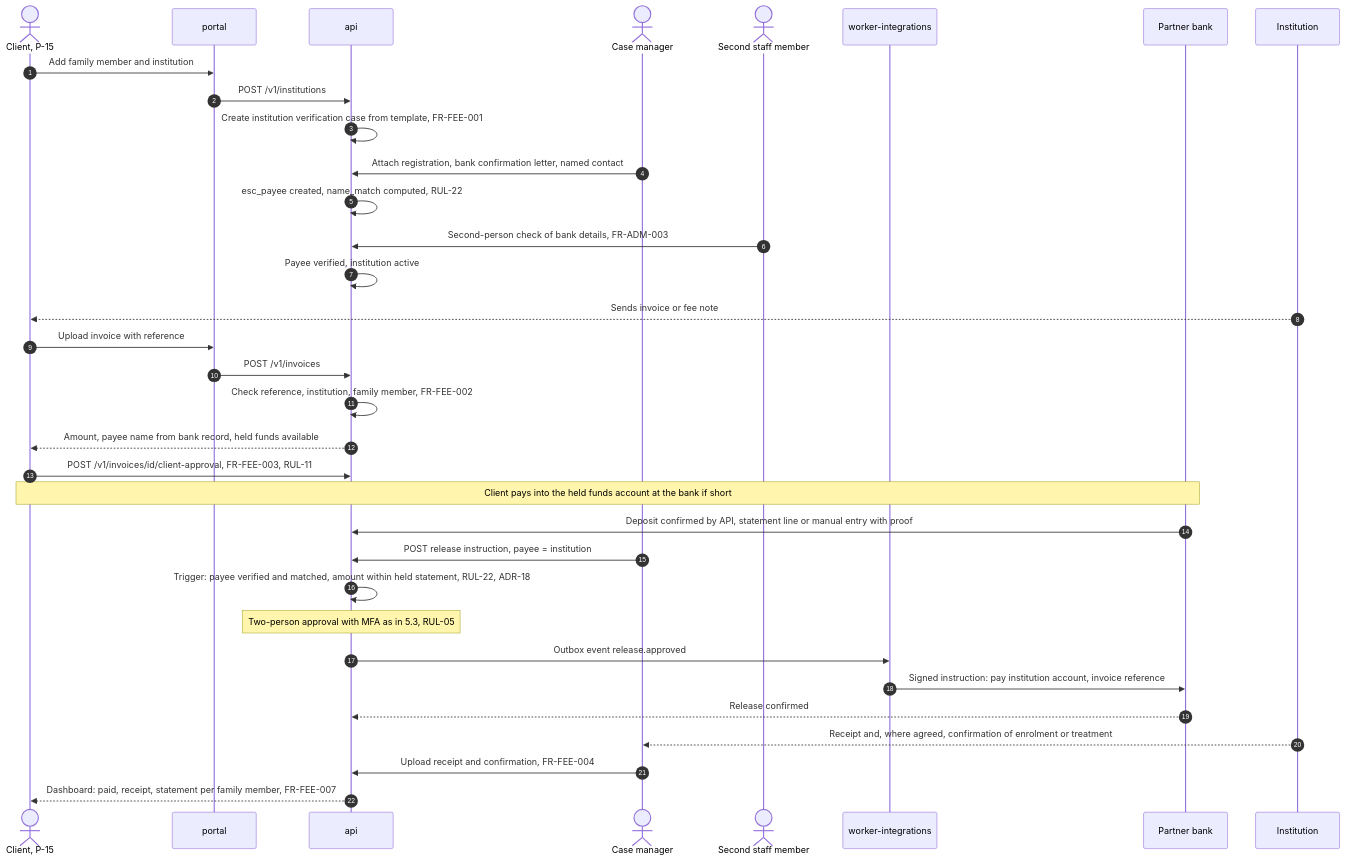
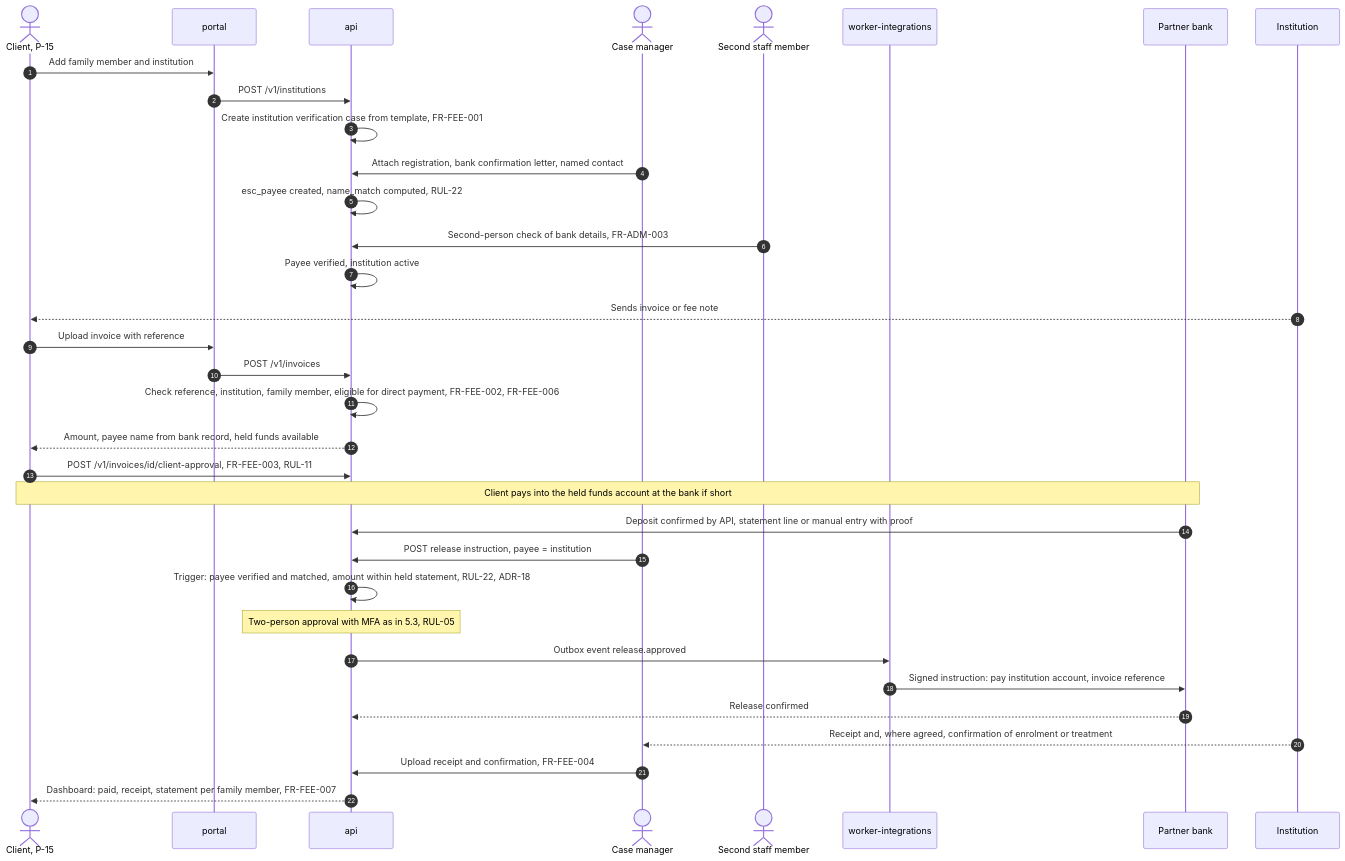
One commit to 1SteveMens/Fidero changed the tenth of 15 diagrams in docs/specs/02-architecture-and-technical-design.md. Above: the diagram before and after it, drawn with Mermaid. The commit also changed other lines of this file and 7 other files, not shown here.

````diff
--- a/docs/specs/02-architecture-and-technical-design.md
+++ b/docs/specs/02-architecture-and-technical-design.md
@@ -760,36 +761,36 @@
 ```mermaid
 sequenceDiagram
     autonumber
     actor Cl as Client, P-15
     participant P as portal
     participant A as api
     actor CM as Case manager
     actor R2 as Second staff member
     participant W as worker-integrations
     participant B as Partner bank
     participant I as Institution
     Cl->>P: Add family member and institution
     P->>A: POST /v1/institutions
     A->>A: Create institution verification case from template, FR-FEE-001
     CM->>A: Attach registration, bank confirmation letter, named contact
     A->>A: esc_payee created, name_match computed, RUL-22
     R2->>A: Second-person check of bank details, FR-ADM-003
     A->>A: Payee verified, institution active
     I-->>Cl: Sends invoice or fee note
     Cl->>P: Upload invoice with reference
     P->>A: POST /v1/invoices
-    A->>A: Check reference, institution, family member, FR-FEE-002
+    A->>A: Check reference, institution, family member, eligible for direct payment, FR-FEE-002, FR-FEE-006
     A-->>Cl: Amount, payee name from bank record, held funds available
     Cl->>A: POST /v1/invoices/id/client-approval, FR-FEE-003, RUL-11
     Note over Cl,B: Client pays into the held funds account at the bank if short
     B->>A: Deposit confirmed by API, statement line or manual entry with proof
     CM->>A: POST release instruction, payee = institution
     A->>A: Trigger: payee verified and matched, amount within held statement, RUL-22, ADR-18
     Note over A: Two-person approval with MFA as in 5.3, RUL-05
     A->>W: Outbox event release.approved
     W->>B: Signed instruction: pay institution account, invoice reference
     B-->>A: Release confirmed
     I-->>CM: Receipt and, where agreed, confirmation of enrolment or treatment
     CM->>A: Upload receipt and confirmation, FR-FEE-004
     A-->>Cl: Dashboard: paid, receipt, statement per family member, FR-FEE-007
 ```
````
